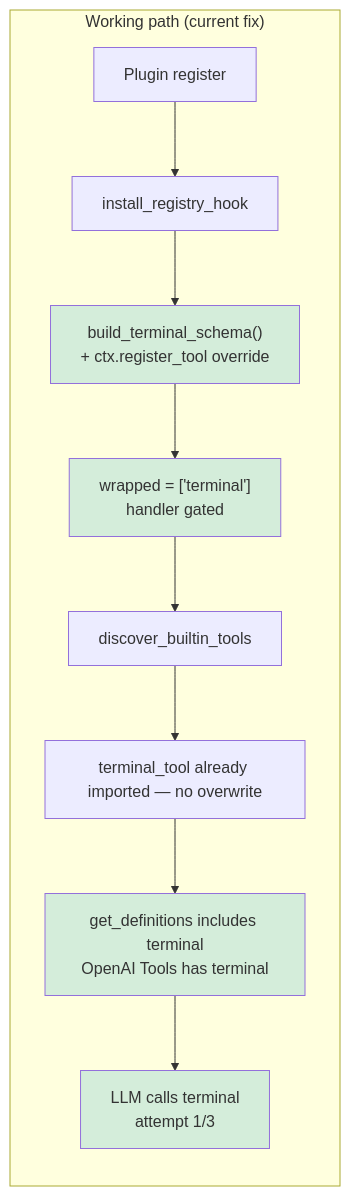
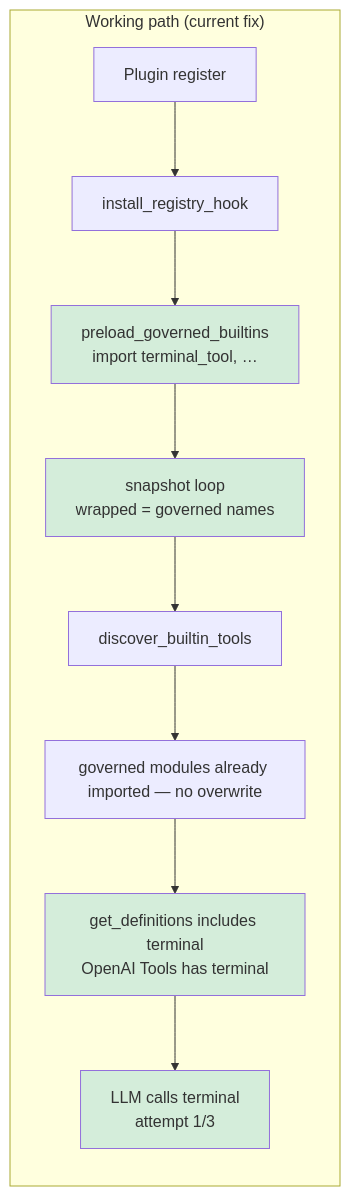
One commit to intentframe/agent-integrations changed the fifth of 5 diagrams in docs/hermes-plugin-registration-order.md. Above: the diagram before and after it, drawn with Mermaid. The commit also changed other lines of this file and 9 other files, not shown here.

````diff
--- a/docs/hermes-plugin-registration-order.md
+++ b/docs/hermes-plugin-registration-order.md
@@ -214,20 +244,20 @@
 ```mermaid
 flowchart LR
     subgraph working["Working path (current fix)"]
         W1[Plugin register]
         W2[install_registry_hook]
-        W3["build_terminal_schema()<br/>+ ctx.register_tool override"]
-        W4["wrapped = ['terminal']<br/>handler gated"]
+        W3["preload_governed_builtins<br/>import terminal_tool, …"]
+        W4["snapshot loop<br/>wrapped = governed names"]
         W5[discover_builtin_tools]
-        W6[terminal_tool already imported — no overwrite]
+        W6[governed modules already imported — no overwrite]
         W7["get_definitions includes terminal<br/>OpenAI Tools has terminal"]
         W8["LLM calls terminal<br/>attempt 1/3"]
     end
 
     W1 --> W2 --> W3 --> W4 --> W5 --> W6 --> W7 --> W8
 
     style W3 fill:#d4edda
     style W4 fill:#d4edda
     style W7 fill:#d4edda
     style W8 fill:#d4edda
 ```
````
